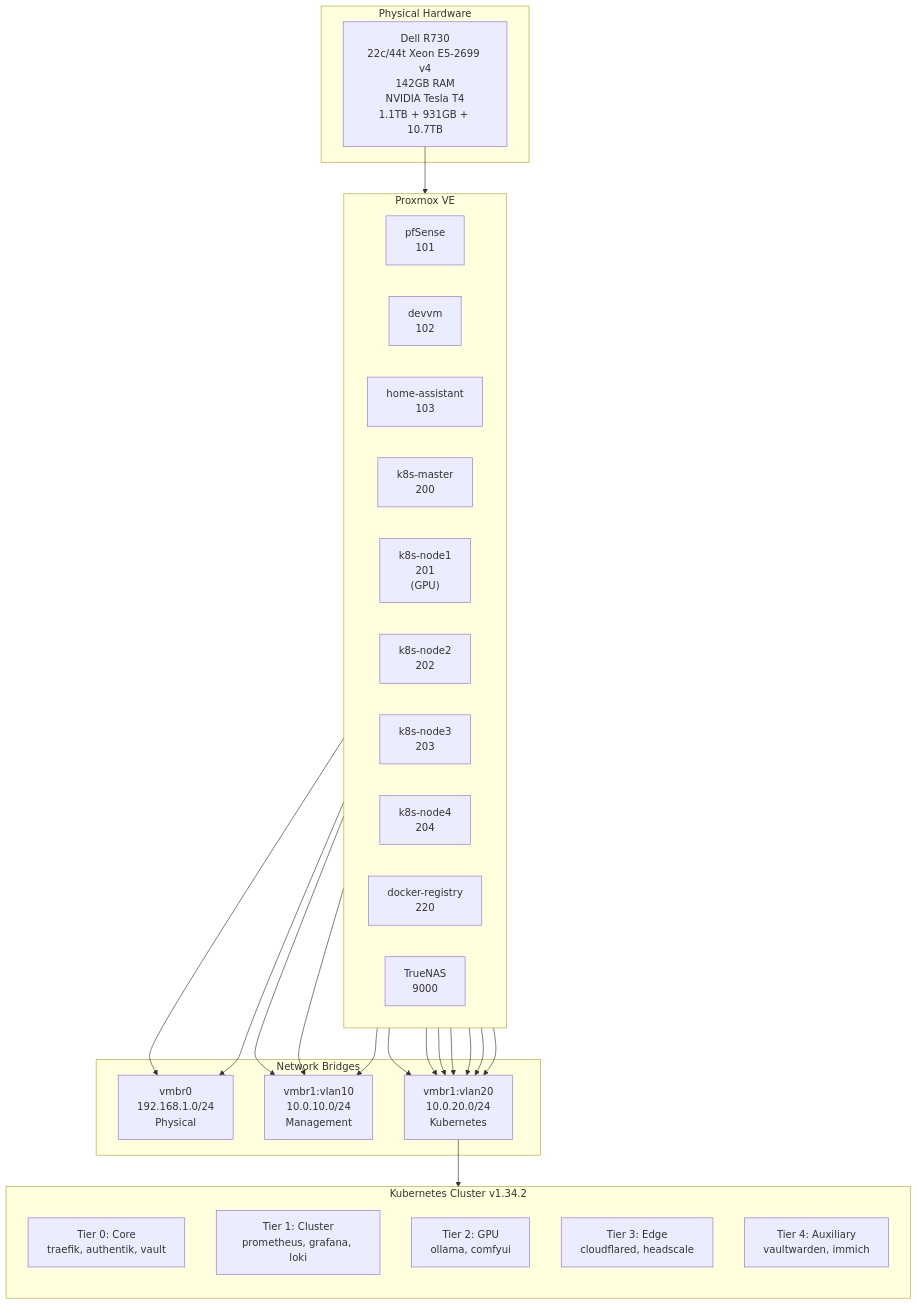
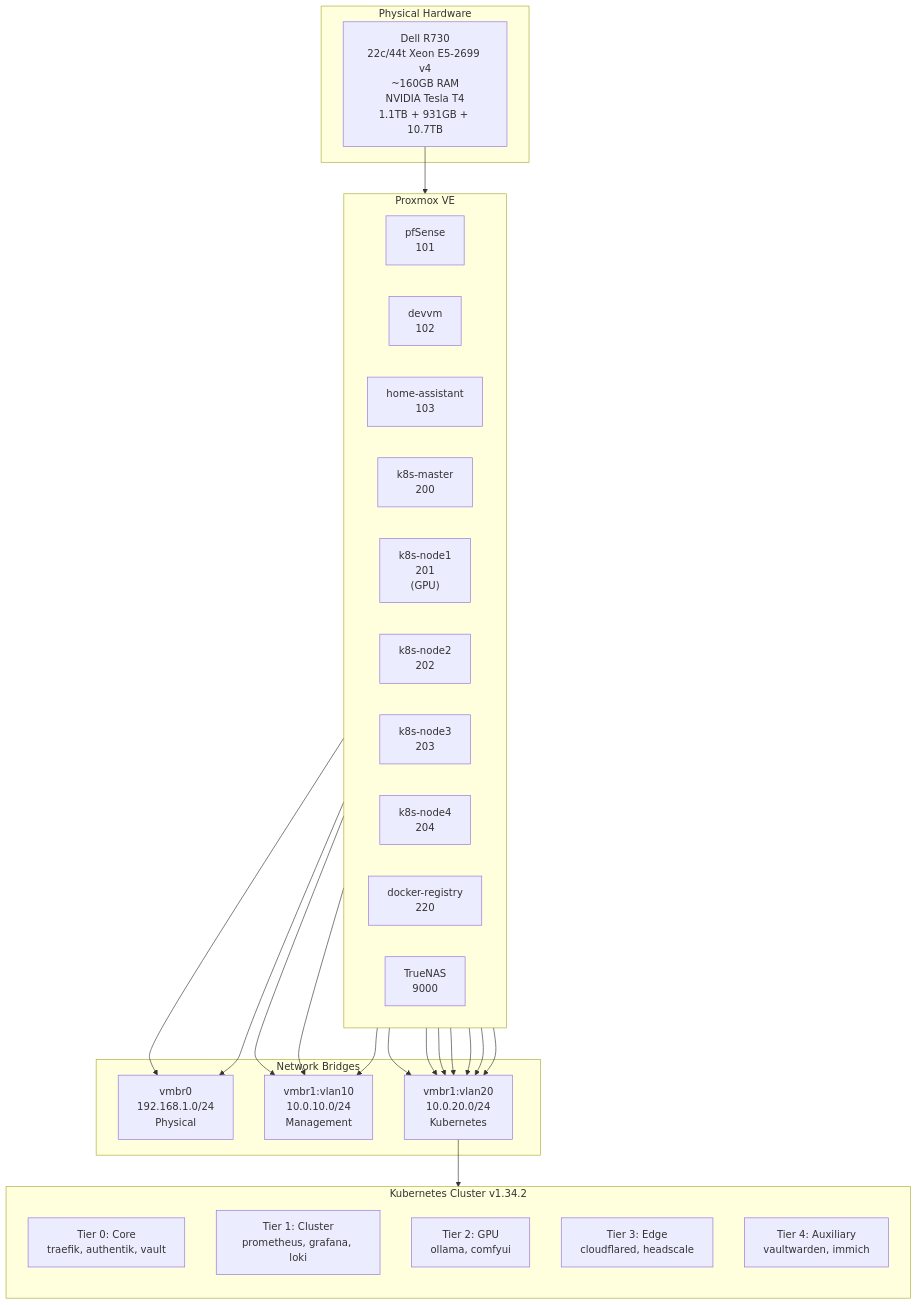
Before and after one commit to ViktorBarzin/infra: the diagram in docs/architecture/overview.md, drawn with Mermaid. The commit also changed other lines of this file and 13 other files, not shown here.

First line of the commit message:
docs: comprehensive audit and update of all architecture docs and runbooks [ci skip]

````diff
--- a/docs/architecture/overview.md
+++ b/docs/architecture/overview.md
@@ -9,53 +9,53 @@
 ```mermaid
 graph TB
     subgraph Physical["Physical Hardware"]
-        R730["Dell R730<br/>22c/44t Xeon E5-2699 v4<br/>142GB RAM<br/>NVIDIA Tesla T4<br/>1.1TB + 931GB + 10.7TB"]
+        R730["Dell R730<br/>22c/44t Xeon E5-2699 v4<br/>~160GB RAM<br/>NVIDIA Tesla T4<br/>1.1TB + 931GB + 10.7TB"]
     end
 
     subgraph Proxmox["Proxmox VE"]
         direction LR
         PF["pfSense<br/>101"]
         DEV["devvm<br/>102"]
         HA["home-assistant<br/>103"]
         MASTER["k8s-master<br/>200"]
         NODE1["k8s-node1<br/>201<br/>(GPU)"]
         NODE2["k8s-node2<br/>202"]
         NODE3["k8s-node3<br/>203"]
         NODE4["k8s-node4<br/>204"]
         REG["docker-registry<br/>220"]
         TN["TrueNAS<br/>9000"]
     end
 
     subgraph Network["Network Bridges"]
         VMBR0["vmbr0<br/>192.168.1.0/24<br/>Physical"]
         VMBR1_10["vmbr1:vlan10<br/>10.0.10.0/24<br/>Management"]
         VMBR1_20["vmbr1:vlan20<br/>10.0.20.0/24<br/>Kubernetes"]
     end
 
     subgraph K8s["Kubernetes Cluster v1.34.2"]
         direction TB
         TIER0["Tier 0: Core<br/>traefik, authentik, vault"]
         TIER1["Tier 1: Cluster<br/>prometheus, grafana, loki"]
         TIER2["Tier 2: GPU<br/>ollama, comfyui"]
         TIER3["Tier 3: Edge<br/>cloudflared, headscale"]
         TIER4["Tier 4: Auxiliary<br/>vaultwarden, immich"]
     end
 
     R730 --> Proxmox
 
     PF --> VMBR0
     PF --> VMBR1_10
     PF --> VMBR1_20
     HA --> VMBR0
     DEV --> VMBR1_10
     TN --> VMBR1_10
 
     MASTER --> VMBR1_20
     NODE1 --> VMBR1_20
     NODE2 --> VMBR1_20
     NODE3 --> VMBR1_20
     NODE4 --> VMBR1_20
     REG --> VMBR1_20
 
     VMBR1_20 --> K8s
 ```
````
